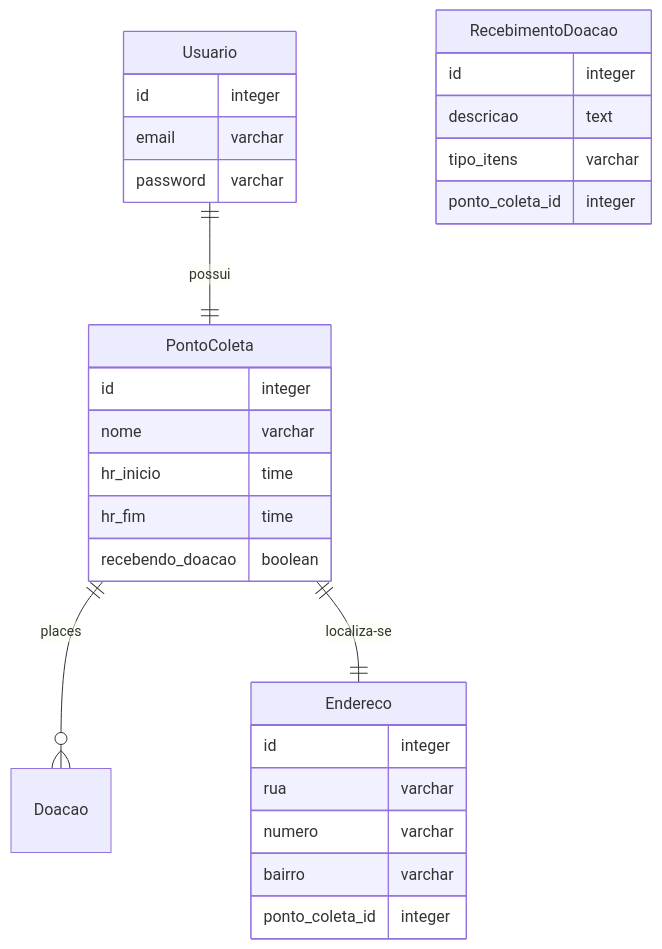
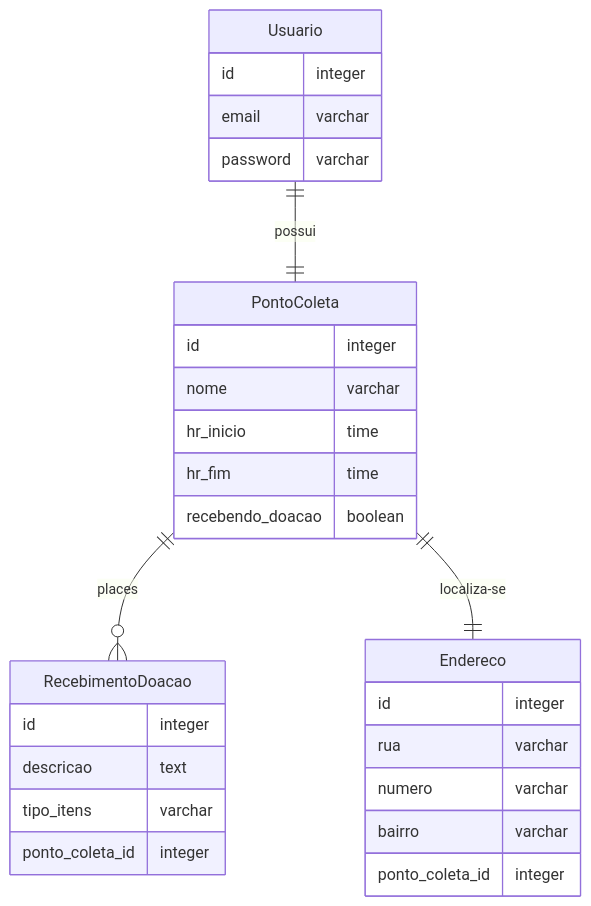
One commit to gustavo-patricio/secomp_backend_help_RS changed the second of 2 diagrams in modificacao logia de negocioREADME.md. Above: the diagram before and after it, drawn with Mermaid.

Commit message:
Update modificacao logia de negocioREADME.md

````diff
--- a/modificacao logia de negocioREADME.md
+++ b/modificacao logia de negocioREADME.md
@@ -26,38 +26,38 @@
 ```mermaid
 erDiagram
     Usuario{
         id integer
         email varchar
         password varchar
 
     }
 
     PontoColeta{
         id integer
         nome varchar
         hr_inicio time
         hr_fim time
         recebendo_doacao boolean
     }
 
     RecebimentoDoacao{
         id integer
         descricao text
         tipo_itens varchar
         ponto_coleta_id integer
     }
 
     Endereco{
         id integer
         rua varchar
         numero varchar
         bairro varchar
         ponto_coleta_id integer
 
     }
 
     Usuario ||--|| PontoColeta: possui
-    PontoColeta ||--o{ Doacao : places
+    PontoColeta ||--o{ RecebimentoDoacao : places
     PontoColeta ||--|| Endereco: localiza-se
     
 ```
````
